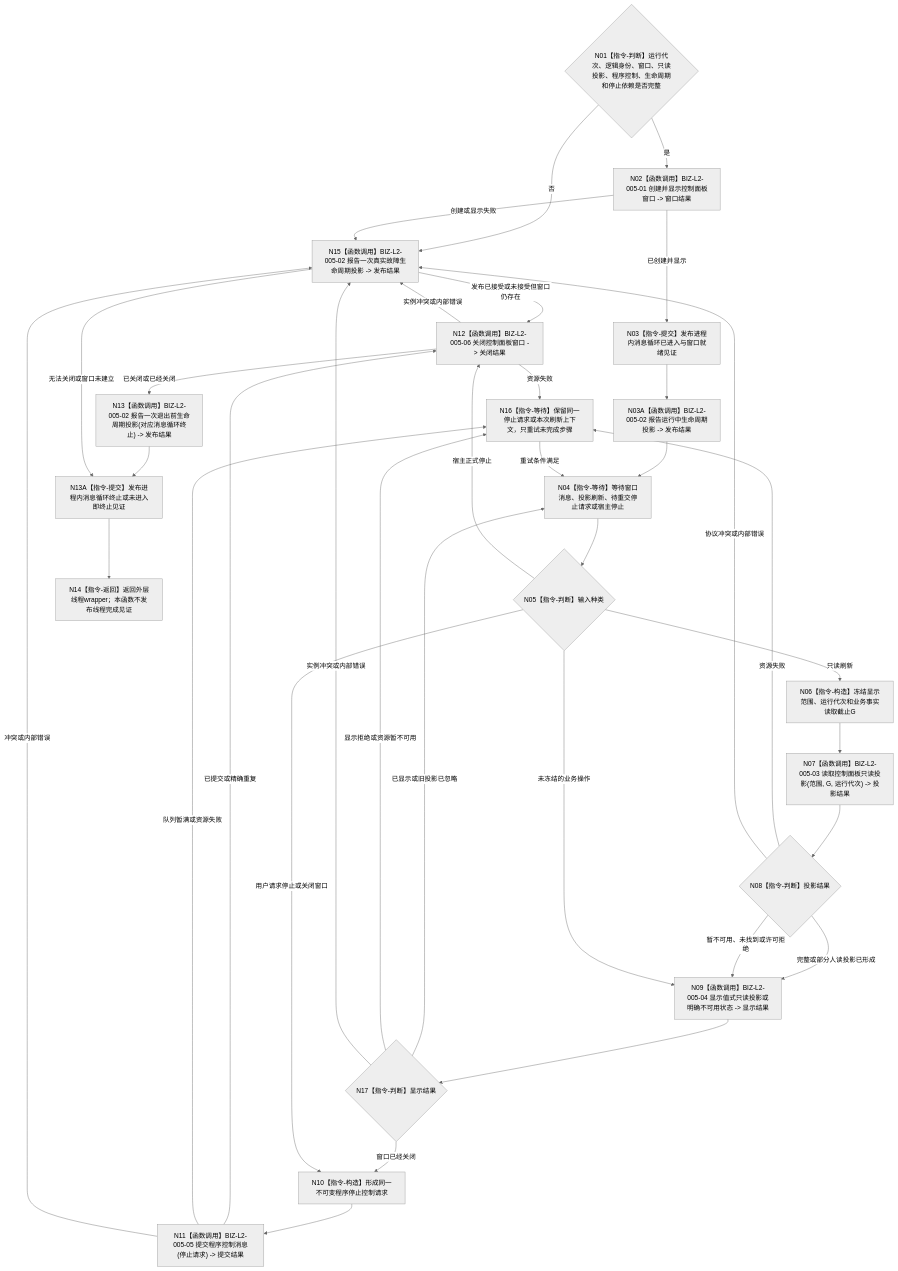
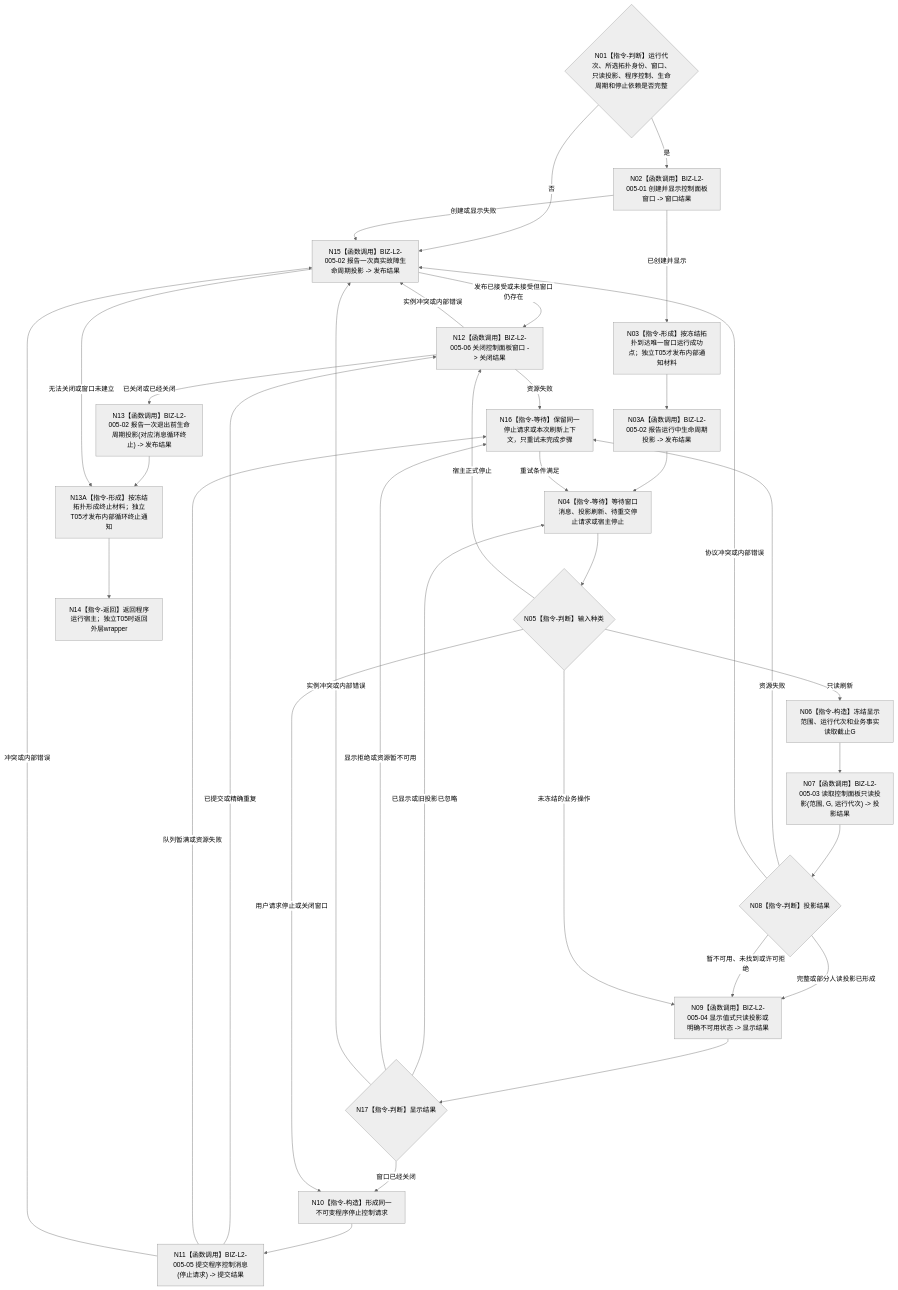
Before and after one commit to chunhaizh-cyber/HY-Ego: the diagram in 流程图/目标业务流程图/BIZ-L1-T05_控制面板线程只读消息循环_目标函数流程图_v0.4.md, drawn with Mermaid (neutral theme). The commit also changed other lines of this file and 9 other files, not shown here.

````diff
--- a/流程图/目标业务流程图/BIZ-L1-T05_控制面板线程只读消息循环_目标函数流程图_v0.4.md
+++ b/流程图/目标业务流程图/BIZ-L1-T05_控制面板线程只读消息循环_目标函数流程图_v0.4.md
@@ -39,55 +39,55 @@
 ```mermaid
 flowchart TD
-    N01{"N01【指令-判断】运行代次、逻辑身份、窗口、只读投影、程序控制、生命周期和停止依赖是否完整"}
+    N01{"N01【指令-判断】运行代次、所选拓扑身份、窗口、只读投影、程序控制、生命周期和停止依赖是否完整"}
     N02["N02【函数调用】BIZ-L2-005-01 创建并显示控制面板窗口 -> 窗口结果"]
-    N03["N03【指令-提交】发布进程内消息循环已进入与窗口就绪见证"]
+    N03["N03【指令-形成】按冻结拓扑到达唯一窗口运行成功点；独立T05才发布内部通知材料"]
     N03A["N03A【函数调用】BIZ-L2-005-02 报告运行中生命周期投影 -> 发布结果"]
     N04["N04【指令-等待】等待窗口消息、投影刷新、待重交停止请求或宿主停止"]
     N05{"N05【指令-判断】输入种类"}
 
     N06["N06【指令-构造】冻结显示范围、运行代次和业务事实读取截止G"]
     N07["N07【函数调用】BIZ-L2-005-03 读取控制面板只读投影(范围, G, 运行代次) -> 投影结果"]
     N08{"N08【指令-判断】投影结果"}
     N09["N09【函数调用】BIZ-L2-005-04 显示值式只读投影或明确不可用状态 -> 显示结果"]
 
     N10["N10【指令-构造】形成同一不可变程序停止控制请求"]
     N11["N11【函数调用】BIZ-L2-005-05 提交程序控制消息(停止请求) -> 提交结果"]
     N12["N12【函数调用】BIZ-L2-005-06 关闭控制面板窗口 -> 关闭结果"]
     N13["N13【函数调用】BIZ-L2-005-02 报告一次退出前生命周期投影(对应消息循环终止) -> 发布结果"]
-    N13A["N13A【指令-提交】发布进程内消息循环终止或未进入即终止见证"]
-    N14["N14【指令-返回】返回外层线程wrapper；本函数不发布线程完成见证"]
+    N13A["N13A【指令-形成】按冻结拓扑形成终止材料；独立T05才发布内部循环终止通知"]
+    N14["N14【指令-返回】返回程序运行宿主；独立T05时返回外层wrapper"]
 
     N15["N15【函数调用】BIZ-L2-005-02 报告一次真实故障生命周期投影 -> 发布结果"]
     N16["N16【指令-等待】保留同一停止请求或本次刷新上下文，只重试未完成步骤"]
     N17{"N17【指令-判断】显示结果"}
 
     N01 -->|否| N15
     N01 -->|是| N02
     N02 -->|已创建并显示| N03 --> N03A --> N04
     N02 -->|创建或显示失败| N15
 
     N04 --> N05
     N05 -->|只读刷新| N06 --> N07 --> N08
     N08 -->|完整或部分人读投影已形成| N09 --> N17
     N08 -->|暂不可用、未找到或许可拒绝| N09
     N08 -->|资源失败| N16
     N08 -->|协议冲突或内部错误| N15
     N17 -->|已显示或旧投影已忽略| N04
     N17 -->|窗口已经关闭| N10
     N17 -->|显示拒绝或资源暂不可用| N16
     N17 -->|实例冲突或内部错误| N15
 
     N05 -->|用户请求停止或关闭窗口| N10 --> N11
     N11 -->|已提交或精确重复| N12
     N11 -->|队列暂满或资源失败| N16
     N11 -->|冲突或内部错误| N15
 
     N05 -->|宿主正式停止| N12
     N05 -->|未冻结的业务操作| N09
     N12 -->|已关闭或已经关闭| N13 --> N13A --> N14
     N12 -->|资源失败| N16
     N12 -->|实例冲突或内部错误| N15
     N16 -->|重试条件满足| N04
     N15 -->|发布已接受或未接受但窗口仍存在| N12
     N15 -->|无法关闭或窗口未建立| N13A
 ```
````
